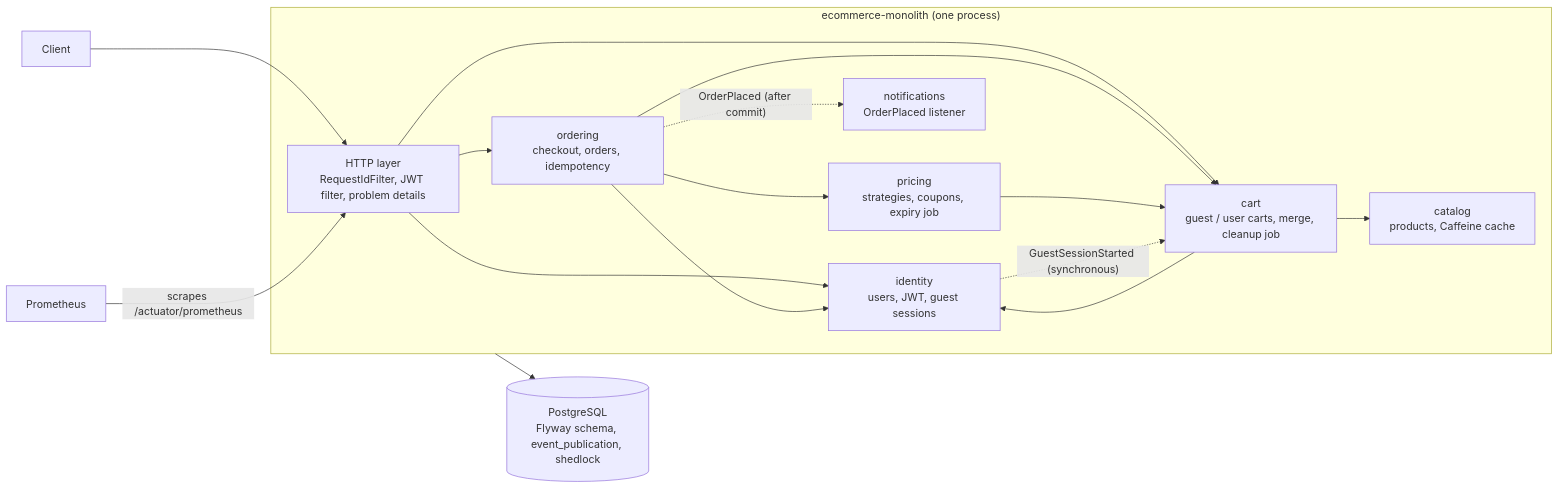
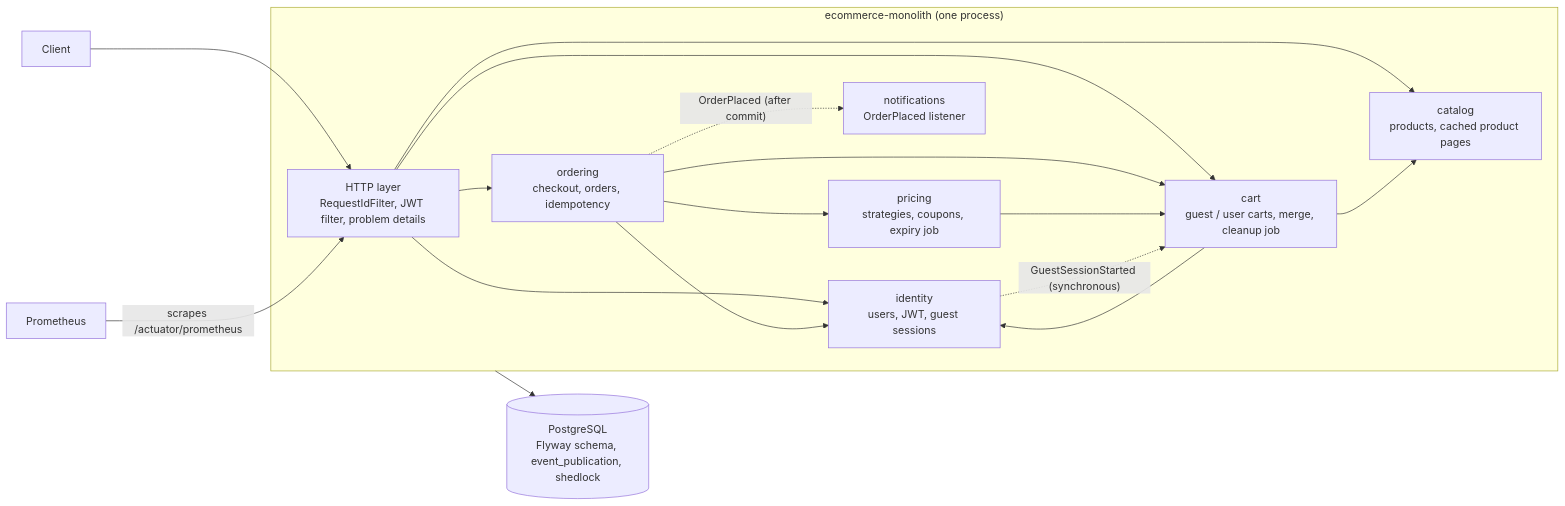
One commit to SasiPiro/Esercizi changed the diagram in README.md. Above: the diagram before and after it, drawn with Mermaid. The commit also changed other lines of this file, not shown here.

First line of the commit message:
docs: document the public product endpoint and its cache

````diff
--- a/README.md
+++ b/README.md
@@ -139,32 +140,33 @@
 ```mermaid
 graph LR
     Client["Client"]
     PROM["Prometheus"]
 
     subgraph APP["ecommerce-monolith (one process)"]
         WEB["HTTP layer<br/>RequestIdFilter, JWT filter, problem details"]
         ID["identity<br/>users, JWT, guest sessions"]
-        CAT["catalog<br/>products, Caffeine cache"]
+        CAT["catalog<br/>products, cached product pages"]
         CART["cart<br/>guest / user carts, merge, cleanup job"]
         PRICING["pricing<br/>strategies, coupons, expiry job"]
         ORD["ordering<br/>checkout, orders, idempotency"]
         NOTIF["notifications<br/>OrderPlaced listener"]
     end
 
     DB[("PostgreSQL<br/>Flyway schema, event_publication, shedlock")]
 
     Client --> WEB
     PROM -- "scrapes /actuator/prometheus" --> WEB
     WEB --> ID
+    WEB --> CAT
     WEB --> CART
     WEB --> ORD
     ORD --> CART
     ORD --> PRICING
     ORD --> ID
     PRICING --> CART
     CART --> CAT
     CART --> ID
     ID -. "GuestSessionStarted (synchronous)" .-> CART
     ORD -. "OrderPlaced (after commit)" .-> NOTIF
     APP --> DB
 ```
````
